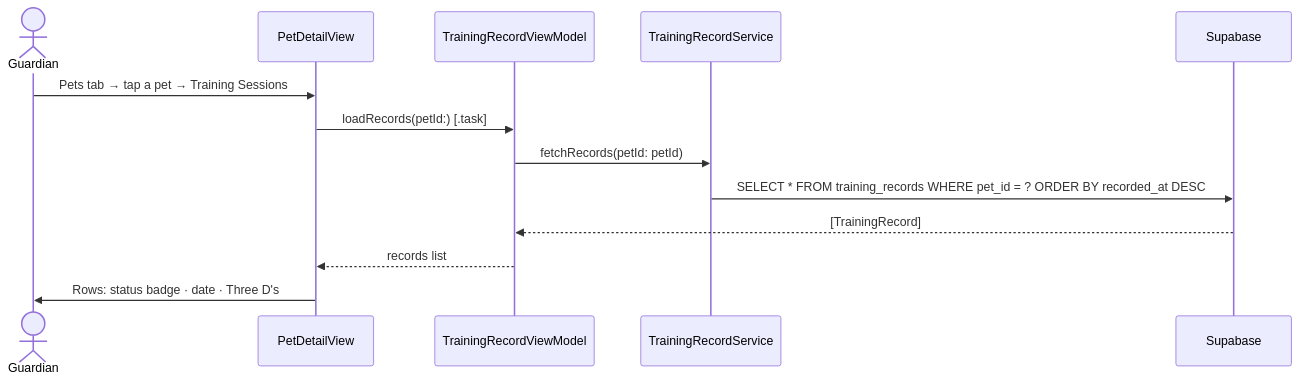
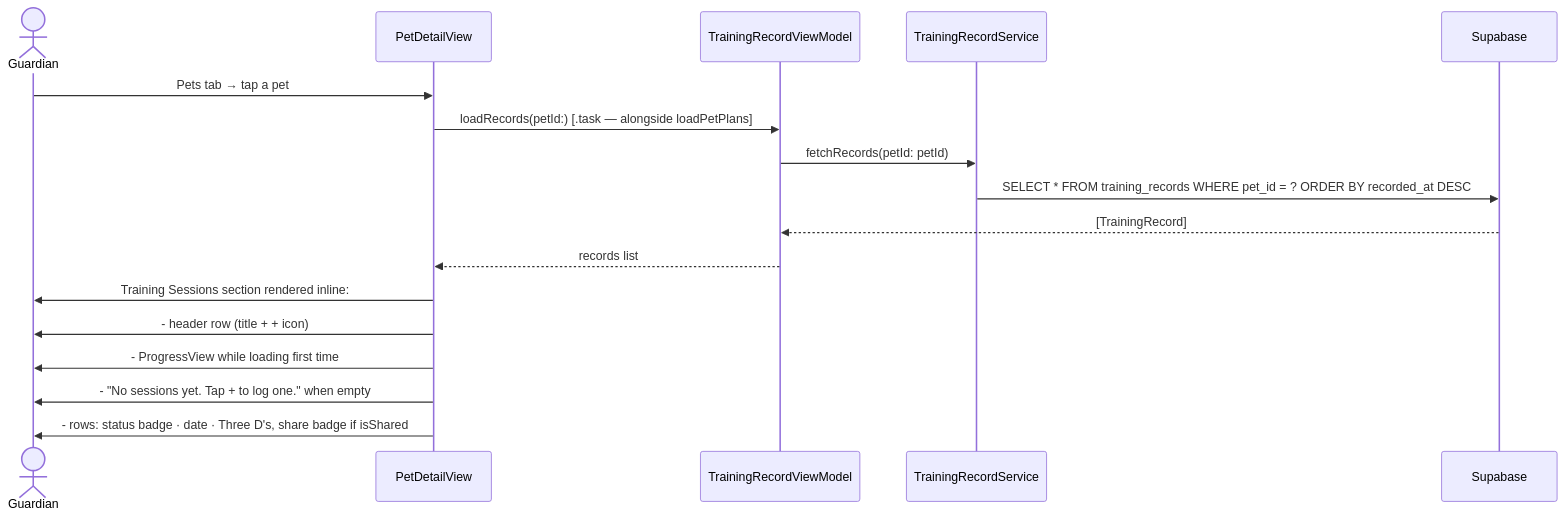
The second of 5 diagrams in docs/use_cases/log_training.md (markculley/HoundHabit), drawn with Mermaid before and after one commit. The commit also changed other lines of this file and 13 other files, not shown here.

````diff
--- a/docs/use_cases/log_training.md
+++ b/docs/use_cases/log_training.md
@@ -40,16 +40,20 @@
 ```mermaid
 sequenceDiagram
     actor G as Guardian
     participant PD as PetDetailView
     participant RVM as TrainingRecordViewModel
     participant SVC as TrainingRecordService
     participant DB as Supabase
 
-    G->>PD: Pets tab → tap a pet → Training Sessions
-    PD->>RVM: loadRecords(petId:) [.task]
+    G->>PD: Pets tab → tap a pet
+    PD->>RVM: loadRecords(petId:) [.task — alongside loadPetPlans]
     RVM->>SVC: fetchRecords(petId: petId)
     SVC->>DB: SELECT * FROM training_records WHERE pet_id = ? ORDER BY recorded_at DESC
     DB-->>RVM: [TrainingRecord]
     RVM-->>PD: records list
-    PD->>G: Rows: status badge · date · Three D's
+    PD->>G: Training Sessions section rendered inline:
+    PD->>G:  - header row (title + + icon)
+    PD->>G:  - ProgressView while loading first time
+    PD->>G:  - "No sessions yet. Tap + to log one." when empty
+    PD->>G:  - rows: status badge · date · Three D's, share badge if isShared
 ```
````
